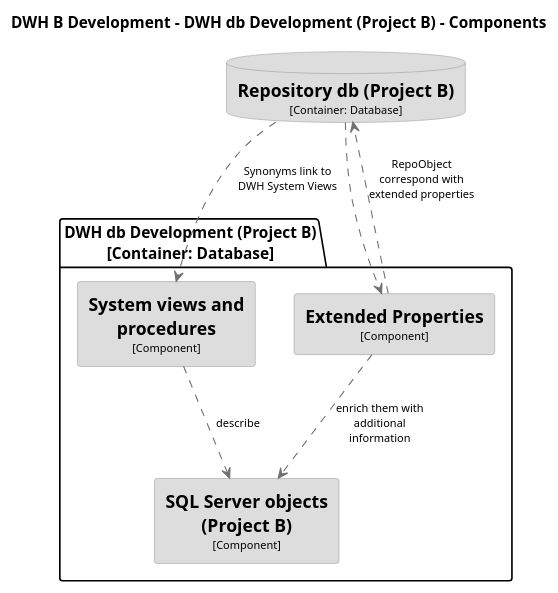
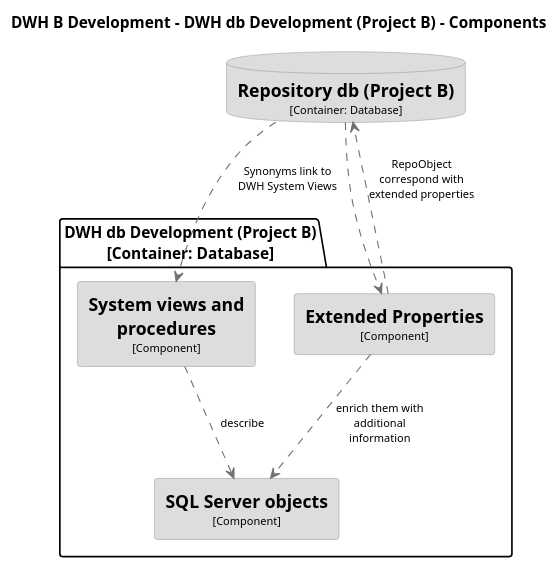
Before and after one commit to DataHandwerk/DataHandwerk-toolkit-mssql: the diagram in docs/src/c4_dsl/puml/structurizr-DWHBDevelopment-DWHdbDevelopmentProjectB-Component.puml, drawn with PlantUML. The commit also changed 9 other files, not shown here.

```diff
--- a/docs/src/c4_dsl/puml/structurizr-DWHBDevelopment-DWHdbDevelopmentProjectB-Component.puml
+++ b/docs/src/c4_dsl/puml/structurizr-DWHBDevelopment-DWHdbDevelopmentProjectB-Component.puml
@@ -1,44 +1,44 @@
 @startuml(id=DWHBDevelopment-DWHdbDevelopmentProjectB-Component)
 title DWH B Development - DWH db Development (Project B) - Components
 
 skinparam {
   shadowing false
   arrowFontSize 10
   defaultTextAlignment center
   wrapWidth 200
   maxMessageSize 100
 }
 hide stereotype
 top to bottom direction
 skinparam database<<5>> {
   BackgroundColor #dddddd
   FontColor #000000
   BorderColor #9A9A9A
 }
 skinparam rectangle<<18>> {
   BackgroundColor #dddddd
   FontColor #000000
   BorderColor #9A9A9A
 }
 skinparam rectangle<<19>> {
   BackgroundColor #dddddd
   FontColor #000000
   BorderColor #9A9A9A
 }
 skinparam rectangle<<20>> {
   BackgroundColor #dddddd
   FontColor #000000
   BorderColor #9A9A9A
 }
 database "==Repository db (Project B)\n<size:10>[Container: Database]</size>" <<5>> as 5
 package "DWH db Development (Project B)\n[Container: Database]" {
   rectangle "==Extended Properties\n<size:10>[Component]</size>" <<19>> as 19
-  rectangle "==SQL Server objects (Project B)\n<size:10>[Component]</size>" <<20>> as 20
+  rectangle "==SQL Server objects\n<size:10>[Component]</size>" <<20>> as 20
   rectangle "==System views and procedures\n<size:10>[Component]</size>" <<18>> as 18
 }
 19 .[#707070].> 5 : "RepoObject correspond with extended properties"
 19 .[#707070].> 20 : "enrich them with additional information"
 5 .[#707070].> 19 : ""
 5 .[#707070].> 18 : "Synonyms link to DWH System Views"
 18 .[#707070].> 20 : "describe"
 @enduml
```
